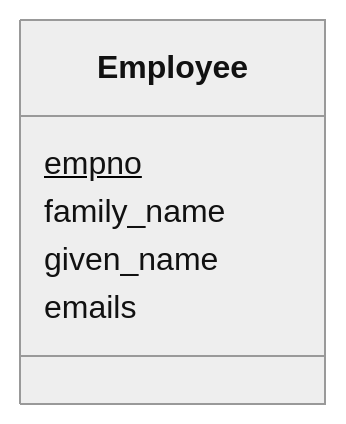
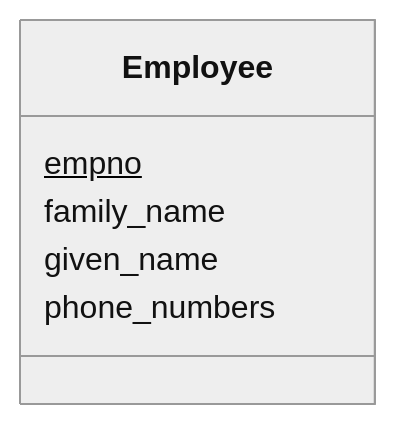
One commit to Kaltsoon/data-management-and-databases changed the tenth of 10 diagrams in slidev/09-logical-database-design.md. Above: the diagram before and after it, drawn with Mermaid (neutral theme). The commit also changed other lines of this file and 1 other file, not shown here.

````diff
--- a/slidev/09-logical-database-design.md
+++ b/slidev/09-logical-database-design.md
@@ -432,16 +432,16 @@
 ```mermaid
 ---
   config:
     class:
       hideEmptyMembersBox: true
 ---
 
 classDiagram
     direction TB
     class Employee {
         empno$
         family_name
         given_name
-        emails
+        phone_numbers
     }
 ```
````
